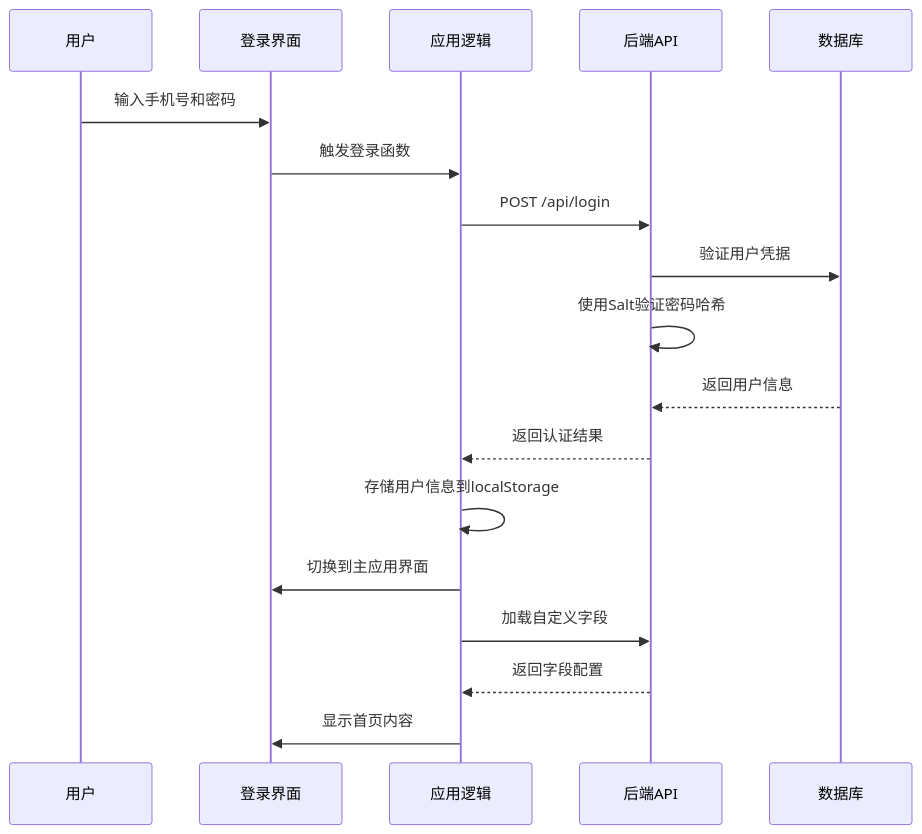
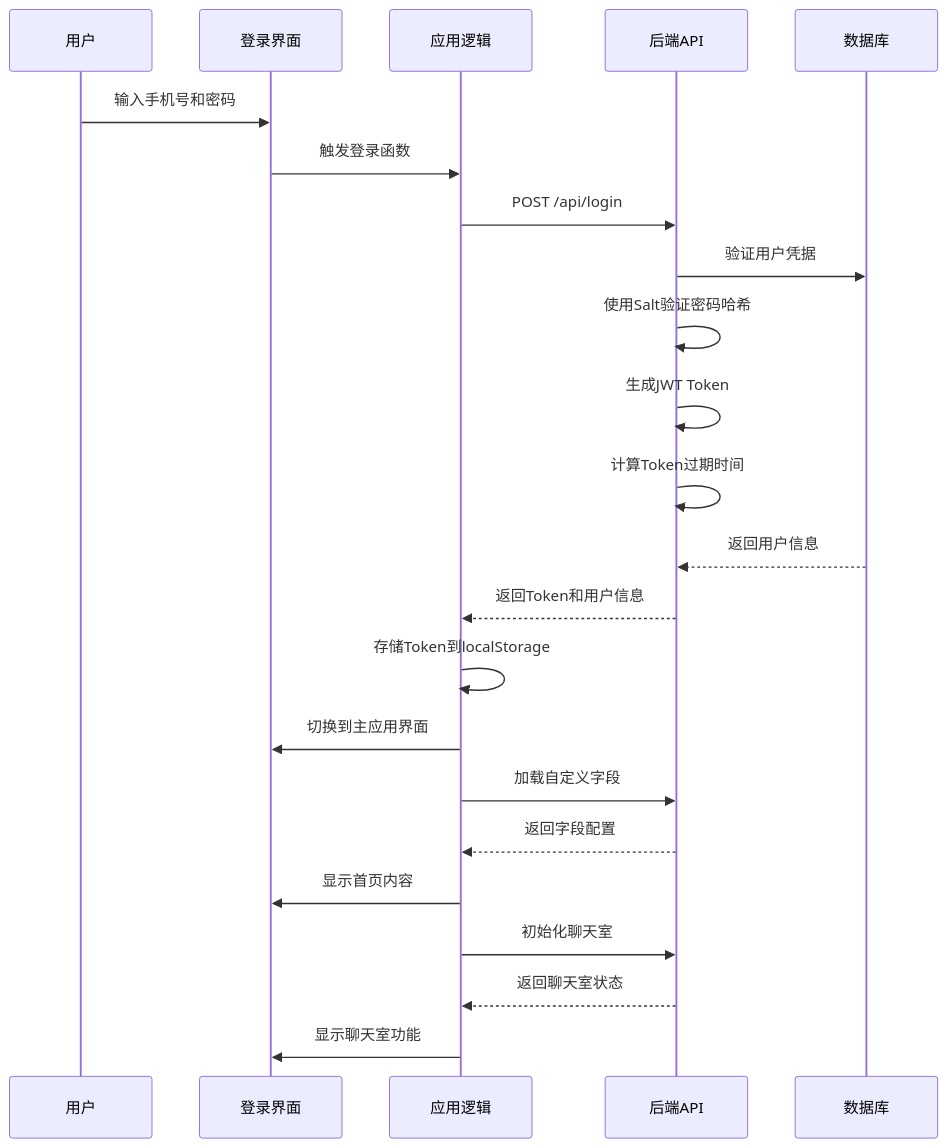
The third of 28 diagrams in .qoder/repowiki/zh/content/Web界面/JavaScript交互逻辑/用户认证系统.md (qq20739111/weilushishe-lishitai), drawn with Mermaid before and after one commit. The commit also changed other lines of this file and 23 other files, not shown here.

````diff
--- a/.qoder/repowiki/zh/content/Web界面/JavaScript交互逻辑/用户认证系统.md
+++ b/.qoder/repowiki/zh/content/Web界面/JavaScript交互逻辑/用户认证系统.md
@@ -105,20 +135,25 @@
 ```mermaid
 sequenceDiagram
 participant U as 用户
 participant UI as 登录界面
 participant APP as 应用逻辑
 participant API as 后端API
 participant DB as 数据库
 U->>UI : 输入手机号和密码
 UI->>APP : 触发登录函数
 APP->>API : POST /api/login
 API->>DB : 验证用户凭据
 API->>API : 使用Salt验证密码哈希
+API->>API : 生成JWT Token
+API->>API : 计算Token过期时间
 DB-->>API : 返回用户信息
-API-->>APP : 返回认证结果
-APP->>APP : 存储用户信息到localStorage
+API-->>APP : 返回Token和用户信息
+APP->>APP : 存储Token到localStorage
 APP->>UI : 切换到主应用界面
 APP->>API : 加载自定义字段
 API-->>APP : 返回字段配置
 APP->>UI : 显示首页内容
+APP->>API : 初始化聊天室
+API-->>APP : 返回聊天室状态
+APP->>UI : 显示聊天室功能
 ```
````
